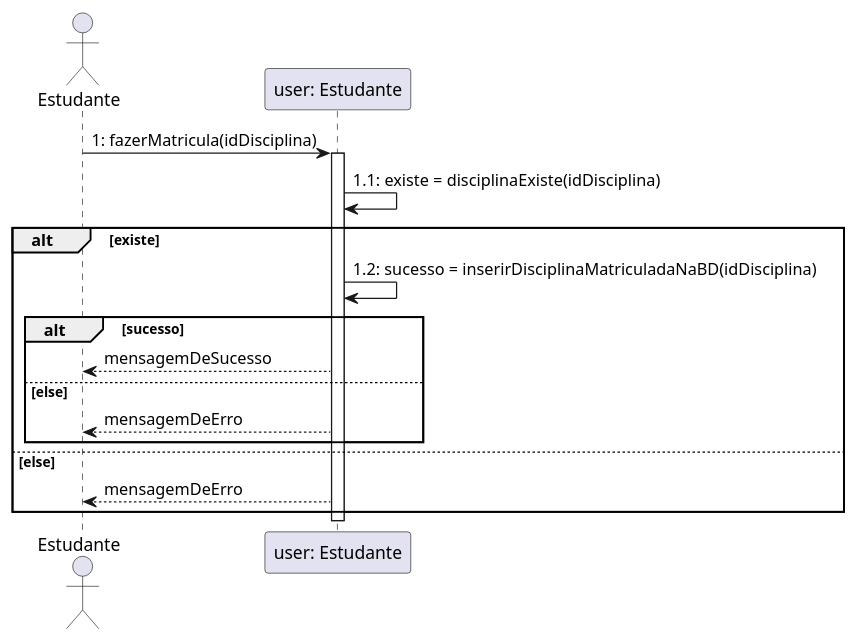
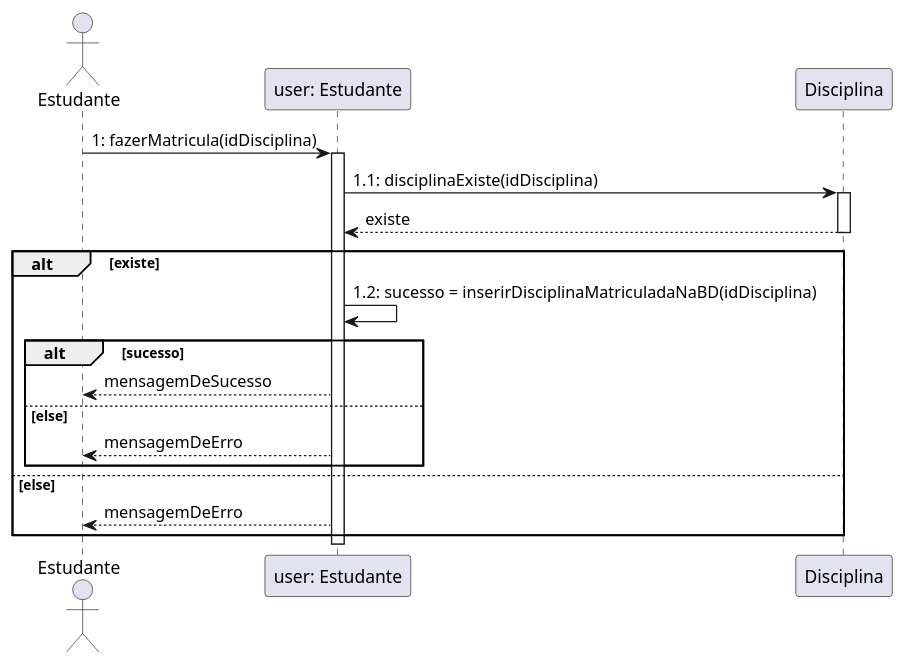
The diagram in diagramas_interacao/diagramas_sequencia/fazer_matricula.plantuml (lucasg-mm/ensinet), drawn with PlantUML before and after one commit.

Commit message:
Adiciona classe 'Disciplina' ao diagrama

```diff
--- a/diagramas_interacao/diagramas_sequencia/fazer_matricula.plantuml
+++ b/diagramas_interacao/diagramas_sequencia/fazer_matricula.plantuml
@@ -1,17 +1,20 @@
 @startuml fazer_matricula
 actor Estudante
 Estudante->"user: Estudante": 1: fazerMatricula(idDisciplina)
 activate "user: Estudante"
-"user: Estudante"->"user: Estudante": 1.1: existe = disciplinaExiste(idDisciplina) 
+"user: Estudante"->Disciplina: 1.1: disciplinaExiste(idDisciplina)
+activate "Disciplina"
+Disciplina-->"user: Estudante": existe 
+deactivate "Disciplina"
 alt existe
 "user: Estudante"->"user: Estudante": 1.2: sucesso = inserirDisciplinaMatriculadaNaBD(idDisciplina)
 alt sucesso
 "user: Estudante"-->Estudante: mensagemDeSucesso
 else else
 "user: Estudante"-->Estudante: mensagemDeErro
 end
 else else
 "user: Estudante"-->Estudante: mensagemDeErro
 end
 deactivate "user: Estudante"
 @enduml
```
